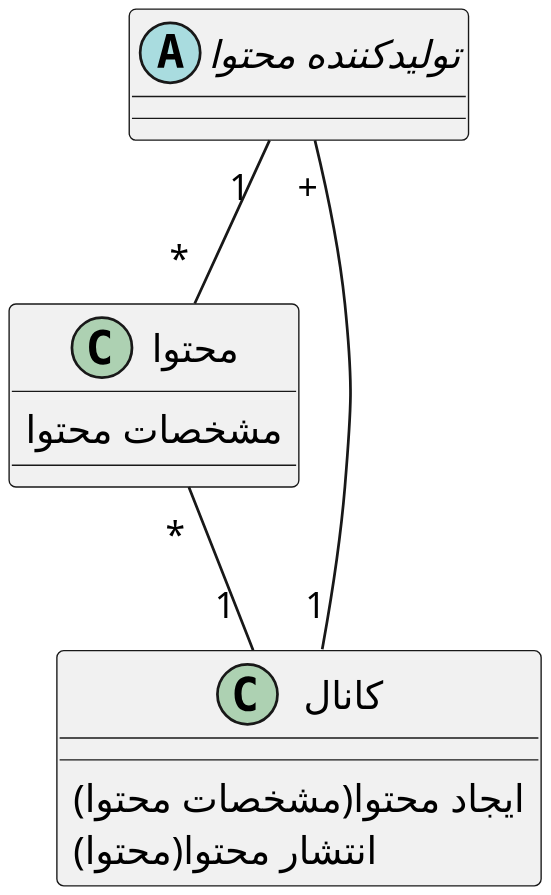
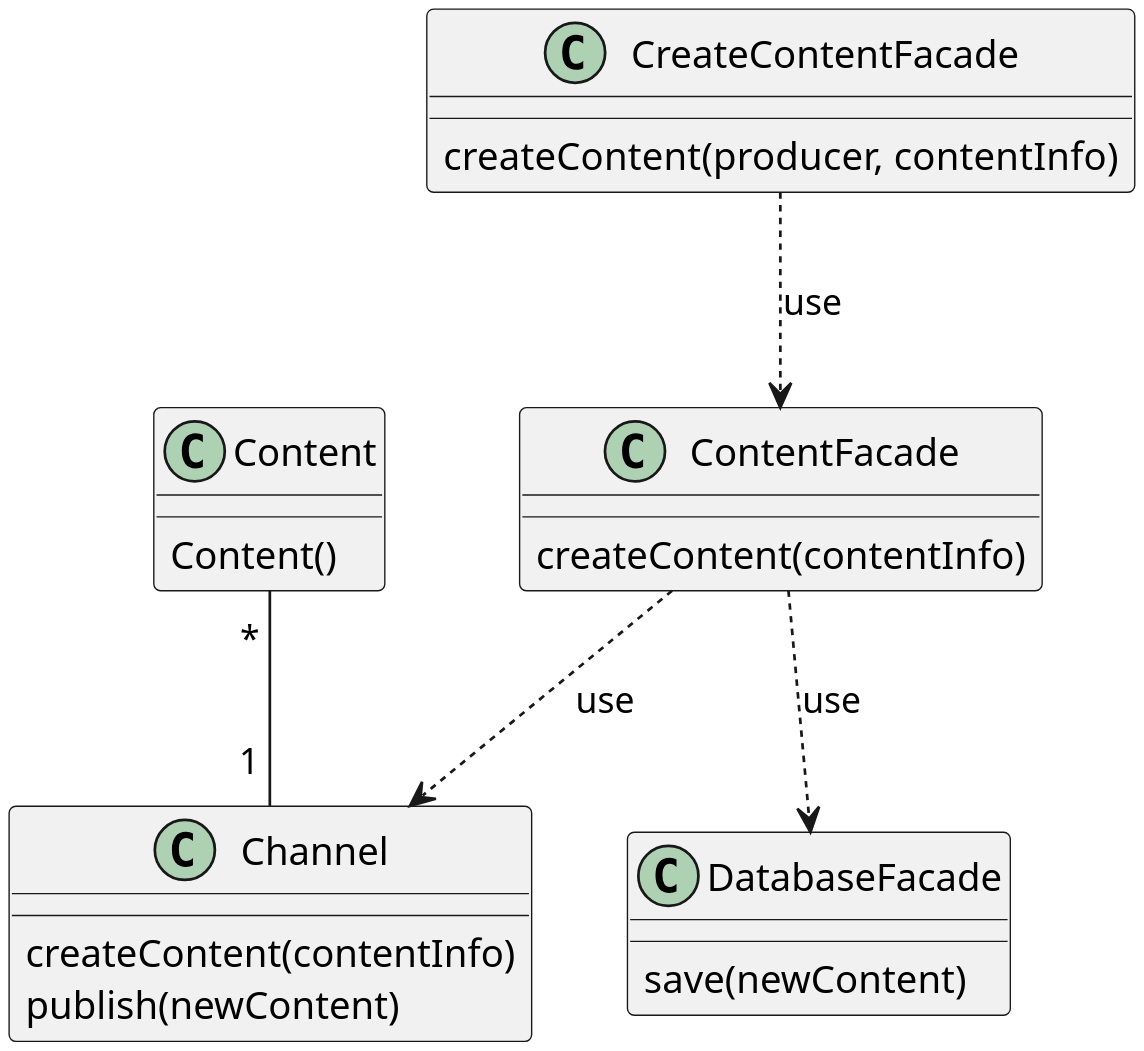
One commit to soleyman79/Qasedak changed the diagram in Diagrams/Design Class/CreateContent.puml. Above: the diagram before and after it, drawn with PlantUML.

Commit message:
update Design class: CreateContent

```diff
--- a/Diagrams/Design Class/CreateContent.puml
+++ b/Diagrams/Design Class/CreateContent.puml
@@ -1,25 +1,36 @@
 @startuml create_content
 
 
 scale 3
 skinparam DefaultFontName B Nazanin
 skinparam ArrowMessageAlignment right
 
-abstract "تولیدکننده محتوا" as producer {
+
+class "Content" as content {
+    Content()
 }
 
-class "محتوا" as content {
-    مشخصات محتوا
+class "Channel" as chanel {
+    createContent(contentInfo)
+    publish(newContent)
 }
 
-class "کانال" as chanel {
-    ایجاد محتوا(مشخصات محتوا)
-    انتشار محتوا(محتوا)
+class CreateContentFacade {
+    createContent(producer, contentInfo)
 }
 
-producer "          1" -- "             *" content
+class ContentFacade {
+    createContent(contentInfo)
+}
+
+class DatabaseFacade {
+    save(newContent)
+}
+
 content "           *" -- "             1" chanel
-producer "+" -- "1" chanel
+CreateContentFacade ..> ContentFacade :use
+ContentFacade ..> chanel :use
+ContentFacade ..> DatabaseFacade :use
 
 
 @enduml
```
